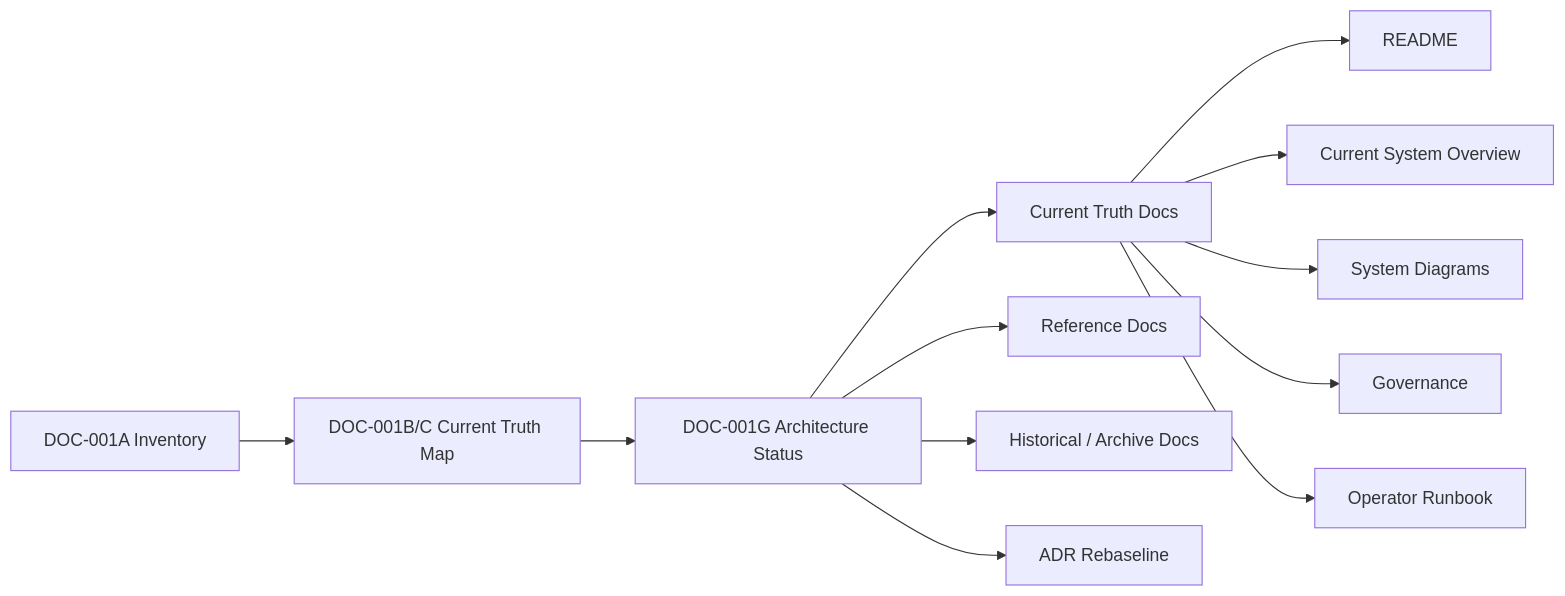
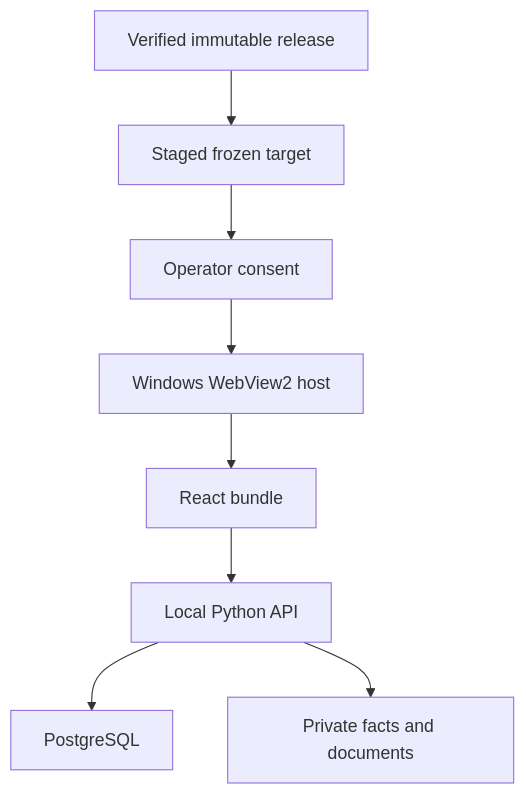
One commit to jenshaberle-dotcom/job-application-pipeline changed the fourth of 5 diagrams in docs/current/system-diagrams.md. Above: the diagram before and after it, drawn with Mermaid. The commit also changed other lines of this file and 357 other files, not shown here.

````diff
--- a/docs/current/system-diagrams.md
+++ b/docs/current/system-diagrams.md
@@ -151,22 +58,10 @@
 ```mermaid
-flowchart LR
-    INV[DOC-001A Inventory]
-    MAP[DOC-001B/C Current Truth Map]
-    STATUS[DOC-001G Architecture Status]
-    CUR[Current Truth Docs]
-    REF[Reference Docs]
-    ARC[Historical / Archive Docs]
-    ADR[ADR Rebaseline]
-
-    INV --> MAP --> STATUS
-    STATUS --> CUR
-    STATUS --> REF
-    STATUS --> ARC
-    STATUS --> ADR
-
-    CUR --> README[README]
-    CUR --> ARCH[Current System Overview]
-    CUR --> DIAG[System Diagrams]
-    CUR --> GOV[Governance]
-    CUR --> RUN[Operator Runbook]
+flowchart TD
+    Host[Windows WebView2 host] --> UI[React bundle]
+    UI --> API[Local Python API]
+    API --> DB[PostgreSQL]
+    API --> Private[Private facts and documents]
+    Update[Verified immutable release] --> Stage[Staged frozen target]
+    Stage --> Consent[Operator consent]
+    Consent --> Host
 ```
````
